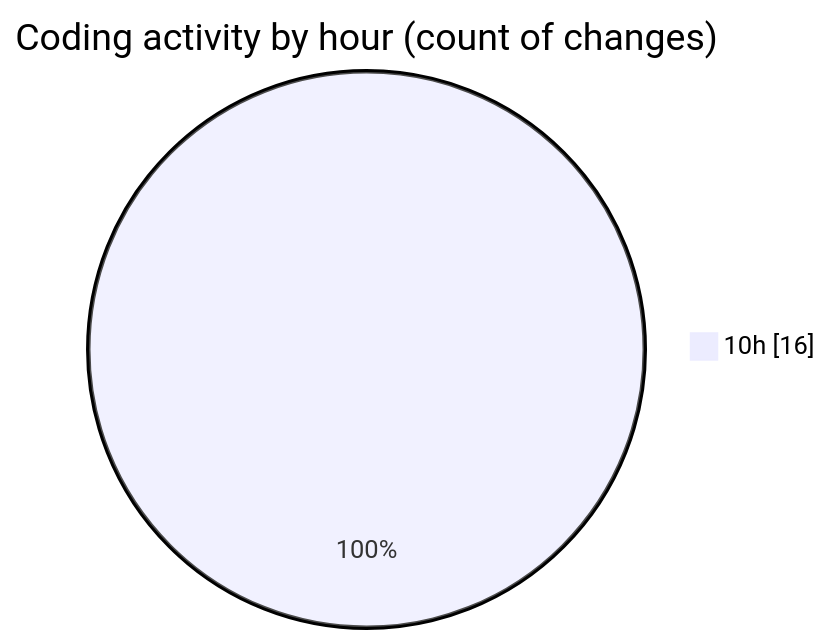
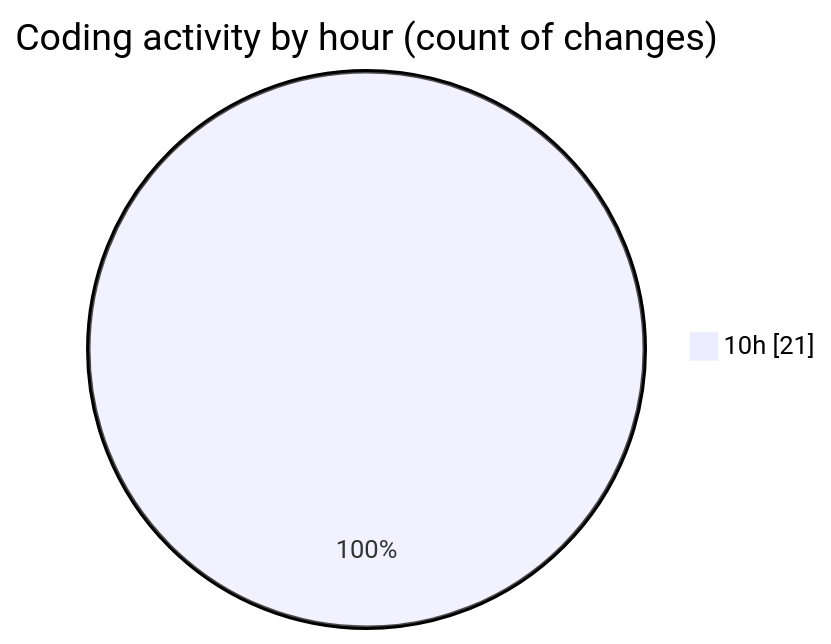
Before and after one commit to momahboobian/code-tracking: the second of 2 diagrams in 2025-03-26/cda/README.md, drawn with Mermaid. The commit also changed other lines of this file and 1 other file, not shown here.

````diff
--- a/2025-03-26/cda/README.md
+++ b/2025-03-26/cda/README.md
@@ -42,5 +45,5 @@
 ```mermaid
 pie showData
 title Coding activity by hour (count of changes)
-"10h" : 16
+"10h" : 21
 ```
````
